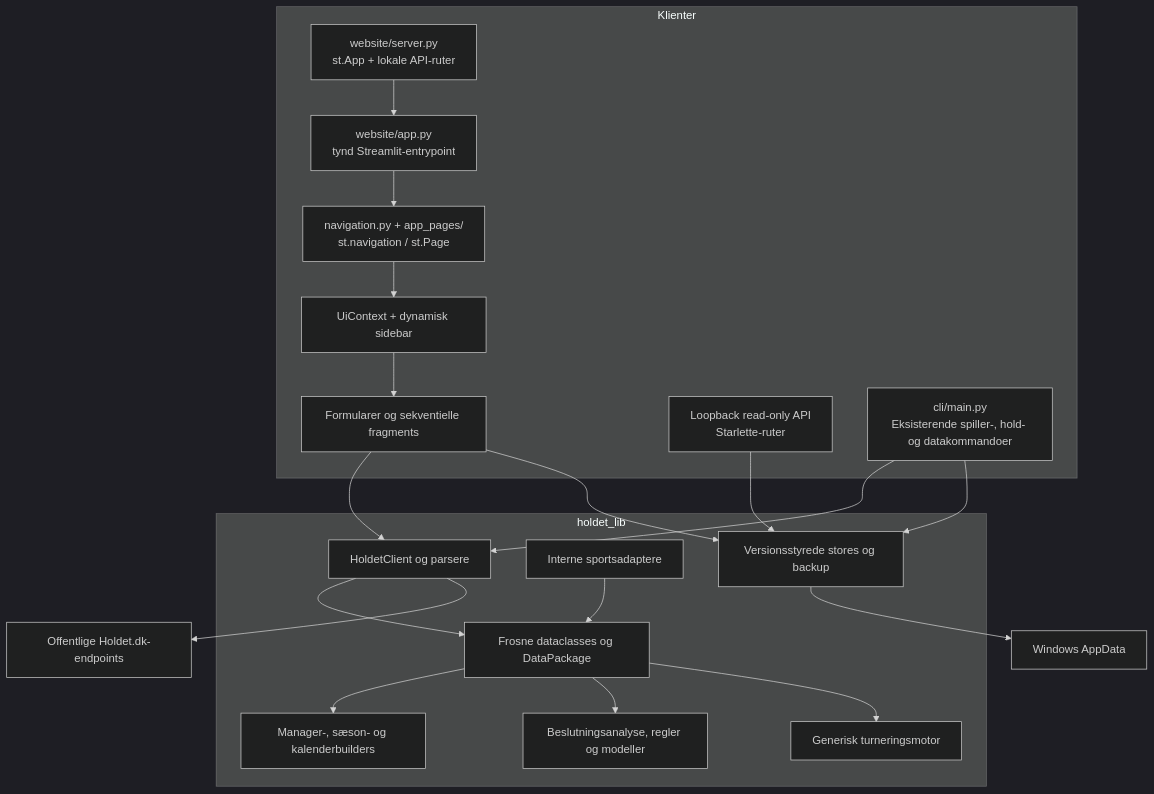
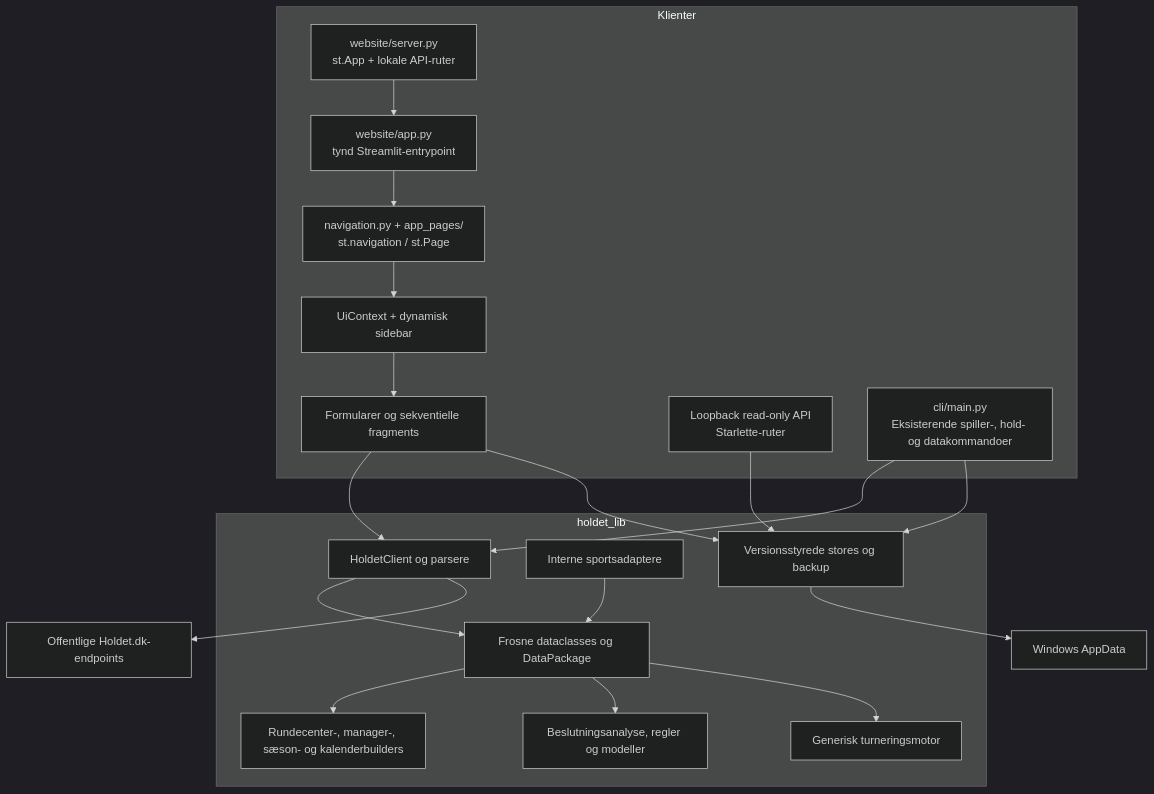
One commit to Peter537/holdet-fantasy-hub changed the first of 4 diagrams in docs/architecture.md. Above: the diagram before and after it, drawn with Mermaid (dark theme). The commit also changed other lines of this file and 30 other files, not shown here.

````diff
--- a/docs/architecture.md
+++ b/docs/architecture.md
@@ -7,37 +7,37 @@
 ```mermaid
 flowchart TB
     subgraph Clients["Klienter"]
         Web["website/server.py<br/>st.App + lokale API-ruter"]
         Shell["website/app.py<br/>tynd Streamlit-entrypoint"]
         Pages["navigation.py + app_pages/<br/>st.navigation / st.Page"]
         Context["UiContext + dynamisk sidebar"]
         Fragments["Formularer og sekventielle fragments"]
         Api["Loopback read-only API<br/>Starlette-ruter"]
         Cli["cli/main.py<br/>Eksisterende spiller-, hold- og datakommandoer"]
     end
     subgraph Library["holdet_lib"]
         Fetch["HoldetClient og parsere"]
         Domain["Frosne dataclasses og DataPackage"]
         Adapters["Interne sportsadaptere"]
-        Manager["Manager-, sæson- og kalenderbuilders"]
+        Manager["Rundecenter-, manager-, sæson- og kalenderbuilders"]
         Analysis["Beslutningsanalyse, regler og modeller"]
         Tournament["Generisk turneringsmotor"]
         Stores["Versionsstyrede stores og backup"]
     end
     Web --> Shell
     Shell --> Pages
     Pages --> Context
     Context --> Fragments
     Fragments --> Fetch
     Api --> Stores
     Cli --> Fetch
     Fetch --> Domain
     Adapters --> Domain
     Domain --> Manager
     Domain --> Analysis
     Domain --> Tournament
     Fragments --> Stores
     Cli --> Stores
     Stores --> AppData["Windows AppData"]
     Fetch --> Holdet["Offentlige Holdet.dk-endpoints"]
 ```
````
